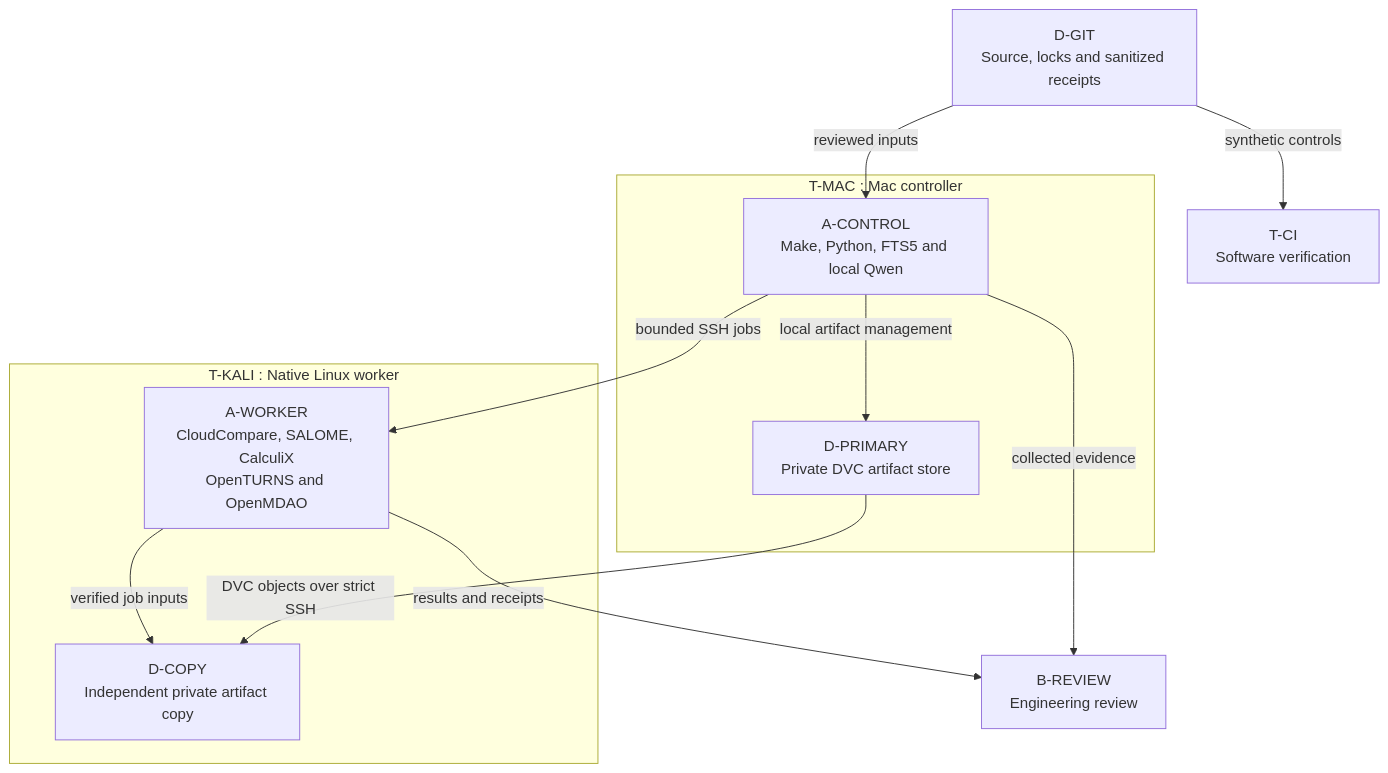
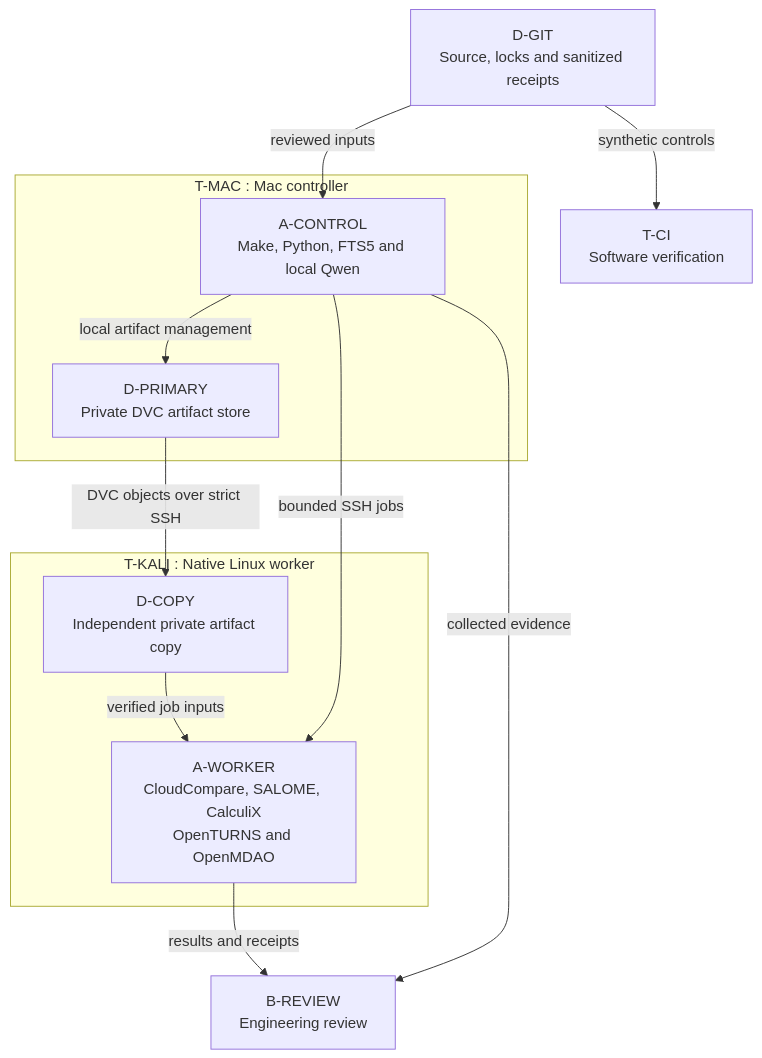
One commit to cluster2600/porscheparts changed the first of 3 diagrams in docs/architecture/free-tools/ARCHITECTURE.md. Above: the diagram before and after it, drawn with Mermaid. The commit also changed 6 other files, not shown here.

````diff
--- a/docs/architecture/free-tools/ARCHITECTURE.md
+++ b/docs/architecture/free-tools/ARCHITECTURE.md
@@ -13,22 +13,22 @@
 ```mermaid
 flowchart TB
     GIT["D-GIT<br/>Source, locks and sanitized receipts"]
     CI["T-CI<br/>Software verification"]
     subgraph MAC["T-MAC : Mac controller"]
         CONTROL["A-CONTROL<br/>Make, Python, FTS5 and local Qwen"]
         STORE["D-PRIMARY<br/>Private DVC artifact store"]
         CONTROL -->|"local artifact management"| STORE
     end
     subgraph KALI["T-KALI : Native Linux worker"]
         WORKER["A-WORKER<br/>CloudCompare, SALOME, CalculiX<br/>OpenTURNS and OpenMDAO"]
         COPY["D-COPY<br/>Independent private artifact copy"]
-        WORKER -->|"verified job inputs"| COPY
+        COPY -->|"verified job inputs"| WORKER
     end
     REVIEW["B-REVIEW<br/>Engineering review"]
     GIT -->|"reviewed inputs"| CONTROL
     GIT -->|"synthetic controls"| CI
     CONTROL -->|"bounded SSH jobs"| WORKER
     STORE -->|"DVC objects over strict SSH"| COPY
     WORKER -->|"results and receipts"| REVIEW
     CONTROL -->|"collected evidence"| REVIEW
 ```
````
